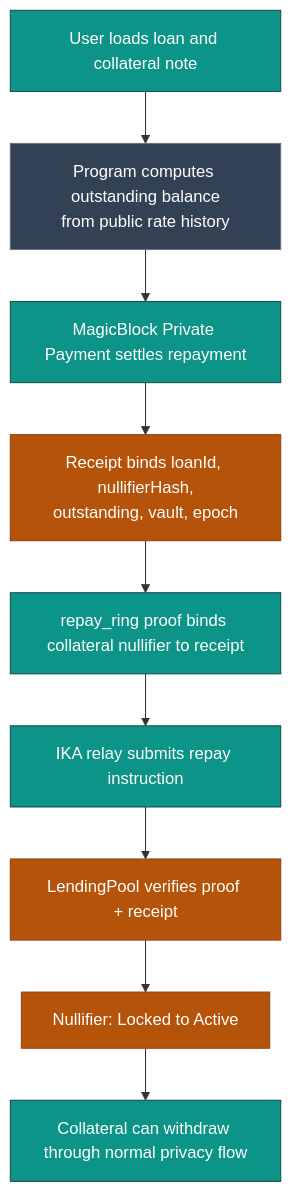
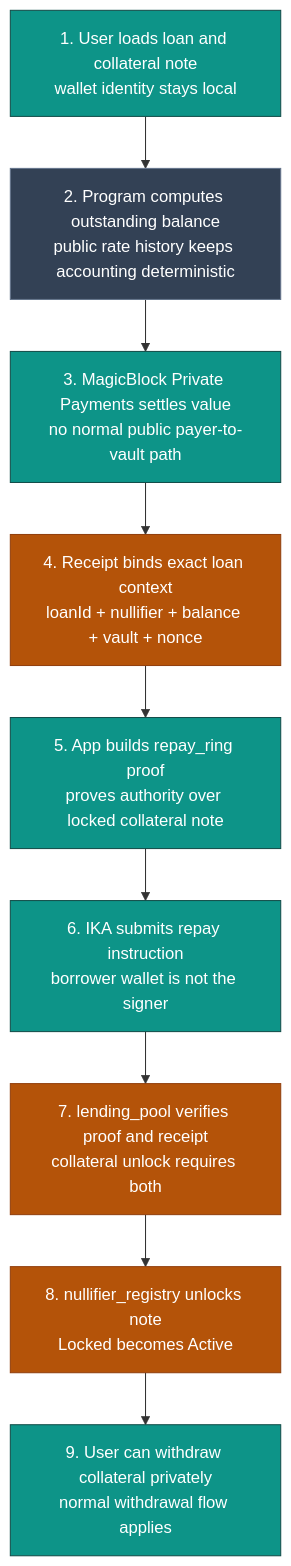
Before and after one commit to cryptosingheth/shieldlend: the fifth of 8 diagrams in docs/VISUAL_FLOWS.md, drawn with Mermaid. The commit also changed other lines of this file and 9 other files, not shown here.

Commit message:
docs: consolidate solana architecture docs

````diff
--- a/docs/VISUAL_FLOWS.md
+++ b/docs/VISUAL_FLOWS.md
@@ -111,18 +136,18 @@
 ```mermaid
 flowchart TD
-    classDef privacy fill:#0d9488,stroke:#134e4a,color:#fff
+    classDef private fill:#0d9488,stroke:#134e4a,color:#fff
+    classDef public fill:#334155,stroke:#64748b,color:#fff
     classDef safety fill:#b45309,stroke:#92400e,color:#fff
-    classDef public fill:#334155,stroke:#64748b,color:#fff
 
-    A["User loads loan and collateral note"]:::privacy
-    B["Program computes outstanding balance\nfrom public rate history"]:::public
-    C["MagicBlock Private Payment settles repayment"]:::privacy
-    D["Receipt binds loanId, nullifierHash,\noutstanding, vault, epoch"]:::safety
-    E["repay_ring proof binds collateral nullifier to receipt"]:::privacy
-    F["IKA relay submits repay instruction"]:::privacy
-    G["LendingPool verifies proof + receipt"]:::safety
-    H["Nullifier: Locked to Active"]:::safety
-    I["Collateral can withdraw through normal privacy flow"]:::privacy
+    A["1. User loads loan and collateral note<br/>wallet identity stays local"]:::private
+    B["2. Program computes outstanding balance<br/>public rate history keeps accounting deterministic"]:::public
+    C["3. MagicBlock Private Payments settles value<br/>no normal public payer-to-vault path"]:::private
+    D["4. Receipt binds exact loan context<br/>loanId + nullifier + balance + vault + nonce"]:::safety
+    E["5. App builds repay_ring proof<br/>proves authority over locked collateral note"]:::private
+    F["6. IKA submits repay instruction<br/>borrower wallet is not the signer"]:::private
+    G["7. lending_pool verifies proof and receipt<br/>collateral unlock requires both"]:::safety
+    H["8. nullifier_registry unlocks note<br/>Locked becomes Active"]:::safety
+    I["9. User can withdraw collateral privately<br/>normal withdrawal flow applies"]:::private
 
     A --> B --> C --> D --> E --> F --> G --> H --> I
 ```
````
